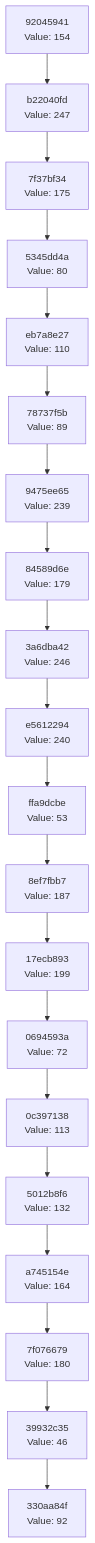
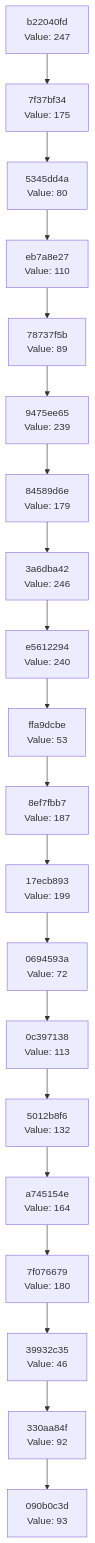
The diagram in docs/CHAIN_VISUALIZATION.md (Abhisheksinha1506/hash-chain-evolver), drawn with Mermaid before and after one commit. The commit also changed 2 other files, not shown here.

Commit message:
Evolution Step

````diff
--- a/docs/CHAIN_VISUALIZATION.md
+++ b/docs/CHAIN_VISUALIZATION.md
@@ -3,42 +3,42 @@
 ```mermaid
 graph TD
-    C0["330aa84f<br/>Value: 92"]
-    C1["39932c35<br/>Value: 46"]
+    C0["090b0c3d<br/>Value: 93"]
+    C1["330aa84f<br/>Value: 92"]
     C1 --> C0
-    C2["7f076679<br/>Value: 180"]
+    C2["39932c35<br/>Value: 46"]
     C2 --> C1
-    C3["a745154e<br/>Value: 164"]
+    C3["7f076679<br/>Value: 180"]
     C3 --> C2
-    C4["5012b8f6<br/>Value: 132"]
+    C4["a745154e<br/>Value: 164"]
     C4 --> C3
-    C5["0c397138<br/>Value: 113"]
+    C5["5012b8f6<br/>Value: 132"]
     C5 --> C4
-    C6["0694593a<br/>Value: 72"]
+    C6["0c397138<br/>Value: 113"]
     C6 --> C5
-    C7["17ecb893<br/>Value: 199"]
+    C7["0694593a<br/>Value: 72"]
     C7 --> C6
-    C8["8ef7fbb7<br/>Value: 187"]
+    C8["17ecb893<br/>Value: 199"]
     C8 --> C7
-    C9["ffa9dcbe<br/>Value: 53"]
+    C9["8ef7fbb7<br/>Value: 187"]
     C9 --> C8
-    C10["e5612294<br/>Value: 240"]
+    C10["ffa9dcbe<br/>Value: 53"]
     C10 --> C9
-    C11["3a6dba42<br/>Value: 246"]
+    C11["e5612294<br/>Value: 240"]
     C11 --> C10
-    C12["84589d6e<br/>Value: 179"]
+    C12["3a6dba42<br/>Value: 246"]
     C12 --> C11
-    C13["9475ee65<br/>Value: 239"]
+    C13["84589d6e<br/>Value: 179"]
     C13 --> C12
-    C14["78737f5b<br/>Value: 89"]
+    C14["9475ee65<br/>Value: 239"]
     C14 --> C13
-    C15["eb7a8e27<br/>Value: 110"]
+    C15["78737f5b<br/>Value: 89"]
     C15 --> C14
-    C16["5345dd4a<br/>Value: 80"]
+    C16["eb7a8e27<br/>Value: 110"]
     C16 --> C15
-    C17["7f37bf34<br/>Value: 175"]
+    C17["5345dd4a<br/>Value: 80"]
     C17 --> C16
-    C18["b22040fd<br/>Value: 247"]
+    C18["7f37bf34<br/>Value: 175"]
     C18 --> C17
-    C19["92045941<br/>Value: 154"]
+    C19["b22040fd<br/>Value: 247"]
     C19 --> C18
 ```
````
